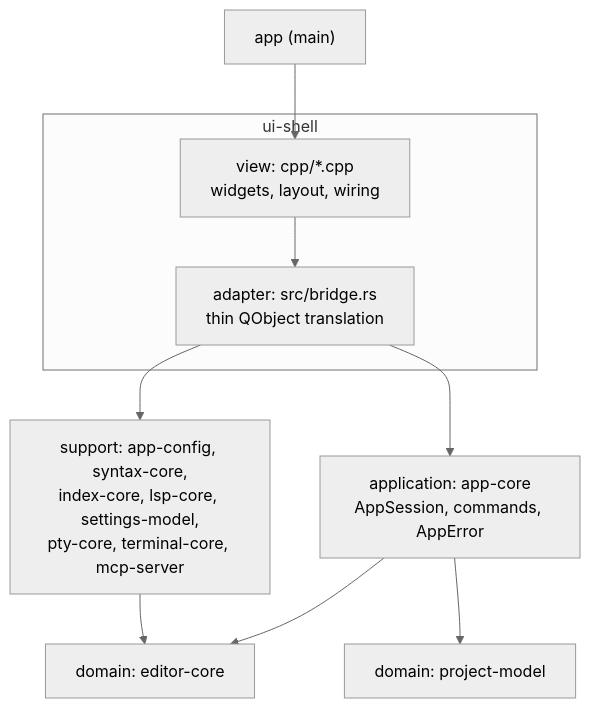
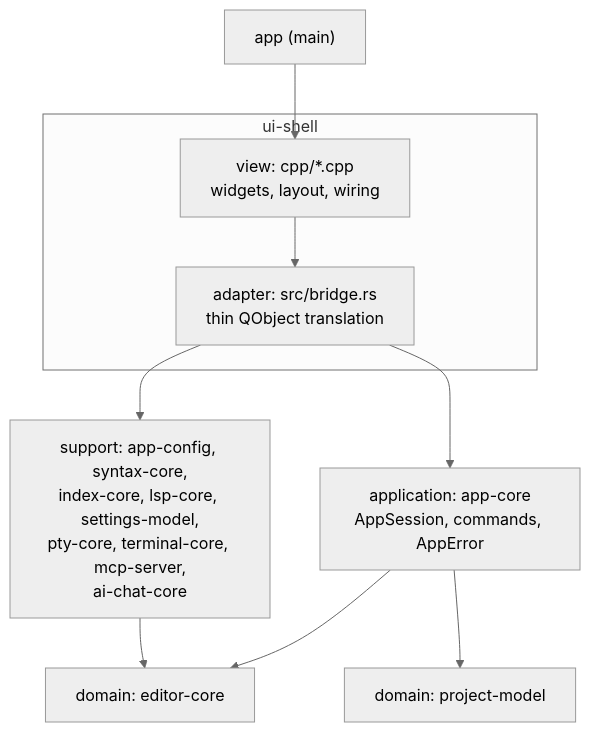
One commit to floriankraemer/ide changed the diagram in docs/architecture/overview.md. Above: the diagram before and after it, drawn with Mermaid (neutral theme). The commit also changed other lines of this file and 21 other files, not shown here.

First line of the commit message:
feat(ai-chat-core): the rules an in-IDE assistant needs

````diff
--- a/docs/architecture/overview.md
+++ b/docs/architecture/overview.md
@@ -28,12 +29,12 @@
 ```mermaid
 graph TB
     app["app (main)"] --> view
     subgraph uishell["ui-shell"]
         view["view: cpp/*.cpp<br/>widgets, layout, wiring"] --> adapter["adapter: src/bridge.rs<br/>thin QObject translation"]
     end
     adapter --> appcore["application: app-core<br/>AppSession, commands, AppError"]
-    adapter --> support["support: app-config, syntax-core,<br/>index-core, lsp-core, settings-model,<br/>pty-core, terminal-core, mcp-server"]
+    adapter --> support["support: app-config, syntax-core,<br/>index-core, lsp-core, settings-model,<br/>pty-core, terminal-core, mcp-server,<br/>ai-chat-core"]
     appcore --> editorcore["domain: editor-core"]
     appcore --> projectmodel["domain: project-model"]
     support --> editorcore
 ```
````
